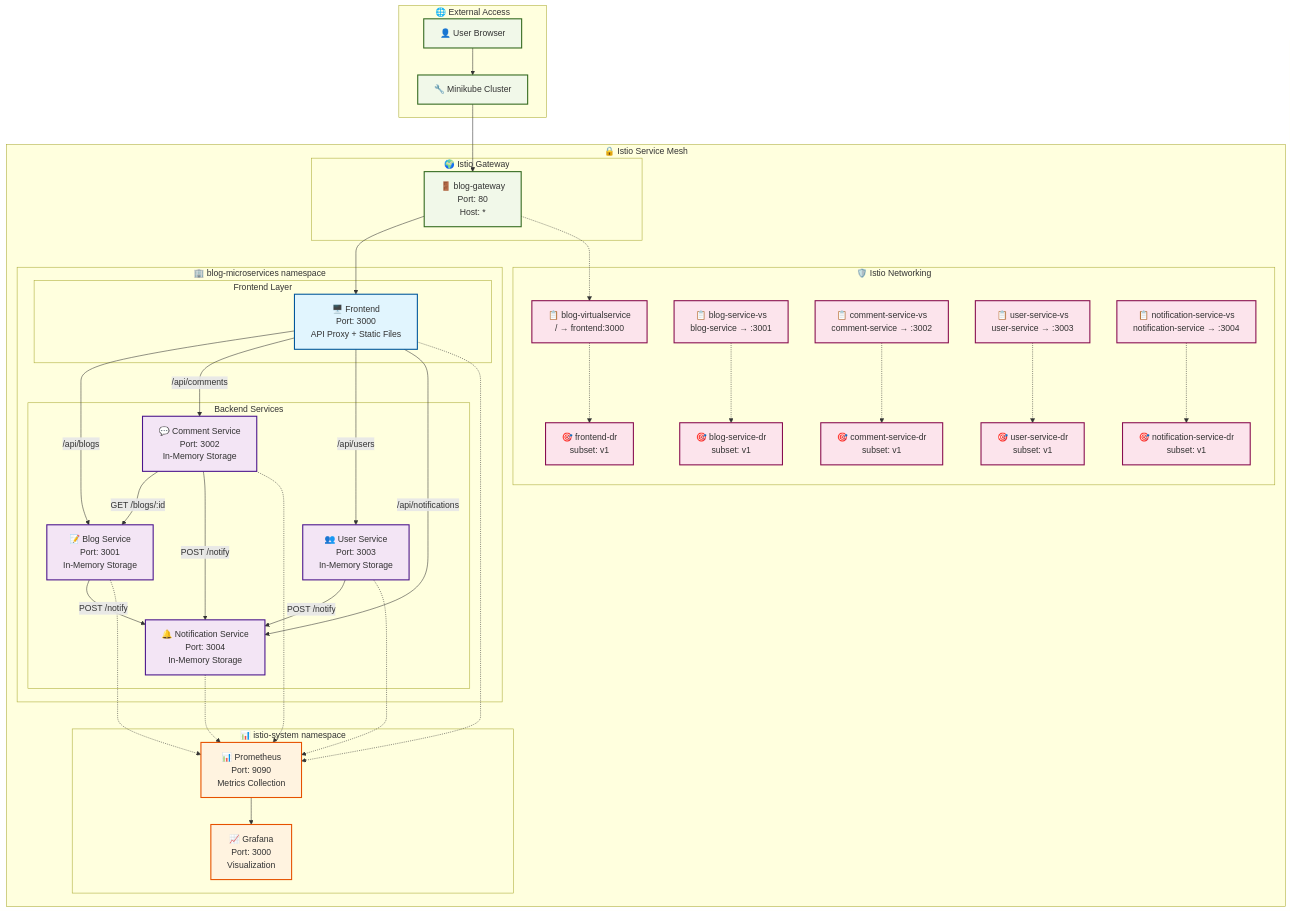
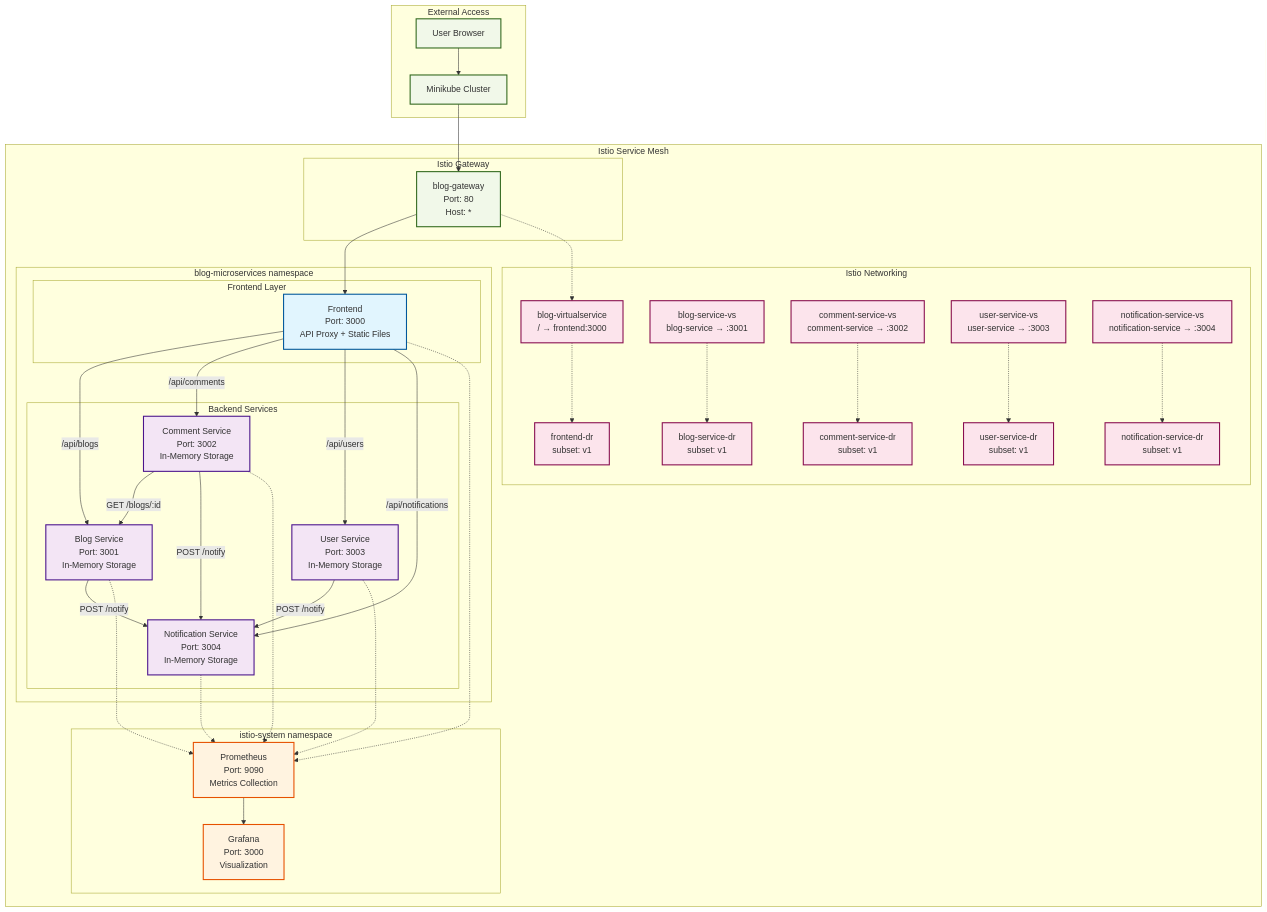
One commit to vvt911/blog-microservices changed the first of 9 diagrams in docs/architecture-diagrams.md. Above: the diagram before and after it, drawn with Mermaid. The commit also changed other lines of this file, not shown here.

````diff
--- a/docs/architecture-diagrams.md
+++ b/docs/architecture-diagrams.md
@@ -5,45 +5,45 @@
 ```mermaid
 graph TB
-    subgraph "🌐 External Access"
-        User[👤 User Browser]
-        Minikube[🔧 Minikube Cluster]
+    subgraph "External Access"
+        User[User Browser]
+        Minikube[Minikube Cluster]
     end
     
-    subgraph "🔒 Istio Service Mesh"
-        subgraph "🌍 Istio Gateway"
-            Gateway[🚪 blog-gateway<br/>Port: 80<br/>Host: *]
+    subgraph "Istio Service Mesh"
+        subgraph "Istio Gateway"
+            Gateway[blog-gateway<br/>Port: 80<br/>Host: *]
         end
         
-        subgraph "🏢 blog-microservices namespace"
+        subgraph "blog-microservices namespace"
             subgraph "Frontend Layer"
-                Frontend[🖥️ Frontend<br/>Port: 3000<br/>API Proxy + Static Files]
+                Frontend[Frontend<br/>Port: 3000<br/>API Proxy + Static Files]
             end
             
             subgraph "Backend Services"
-                BlogService[📝 Blog Service<br/>Port: 3001<br/>In-Memory Storage]
-                CommentService[💬 Comment Service<br/>Port: 3002<br/>In-Memory Storage]
-                UserService[👥 User Service<br/>Port: 3003<br/>In-Memory Storage]
-                NotificationService[🔔 Notification Service<br/>Port: 3004<br/>In-Memory Storage]
+                BlogService[Blog Service<br/>Port: 3001<br/>In-Memory Storage]
+                CommentService[Comment Service<br/>Port: 3002<br/>In-Memory Storage]
+                UserService[User Service<br/>Port: 3003<br/>In-Memory Storage]
+                NotificationService[Notification Service<br/>Port: 3004<br/>In-Memory Storage]
             end
         end
         
-        subgraph "🛡️ Istio Networking"
-            VS1[📋 blog-virtualservice<br/>/ → frontend:3000]
-            VS2[📋 blog-service-vs<br/>blog-service → :3001]
-            VS3[📋 comment-service-vs<br/>comment-service → :3002]
-            VS4[📋 user-service-vs<br/>user-service → :3003]
-            VS5[📋 notification-service-vs<br/>notification-service → :3004]
+        subgraph "Istio Networking"
+            VS1[blog-virtualservice<br/>/ → frontend:3000]
+            VS2[blog-service-vs<br/>blog-service → :3001]
+            VS3[comment-service-vs<br/>comment-service → :3002]
+            VS4[user-service-vs<br/>user-service → :3003]
+            VS5[notification-service-vs<br/>notification-service → :3004]
             
-            DR1[🎯 frontend-dr<br/>subset: v1]
-            DR2[🎯 blog-service-dr<br/>subset: v1]
-            DR3[🎯 comment-service-dr<br/>subset: v1]
-            DR4[🎯 user-service-dr<br/>subset: v1]
-            DR5[🎯 notification-service-dr<br/>subset: v1]
+            DR1[frontend-dr<br/>subset: v1]
+            DR2[blog-service-dr<br/>subset: v1]
+            DR3[comment-service-dr<br/>subset: v1]
+            DR4[user-service-dr<br/>subset: v1]
+            DR5[notification-service-dr<br/>subset: v1]
         end
         
-        subgraph "📊 istio-system namespace"
-            Prometheus[📊 Prometheus<br/>Port: 9090<br/>Metrics Collection]
-            Grafana[📈 Grafana<br/>Port: 3000<br/>Visualization]
+        subgraph "istio-system namespace"
+            Prometheus[Prometheus<br/>Port: 9090<br/>Metrics Collection]
+            Grafana[Grafana<br/>Port: 3000<br/>Visualization]
         end
     end
     
````
